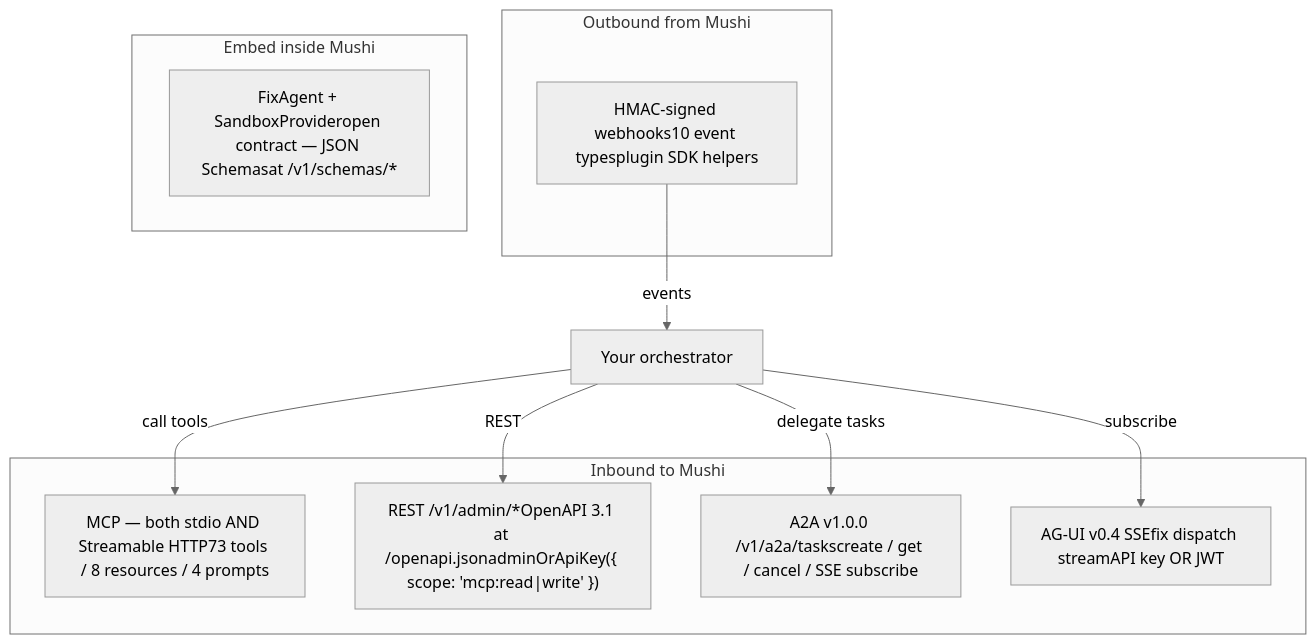
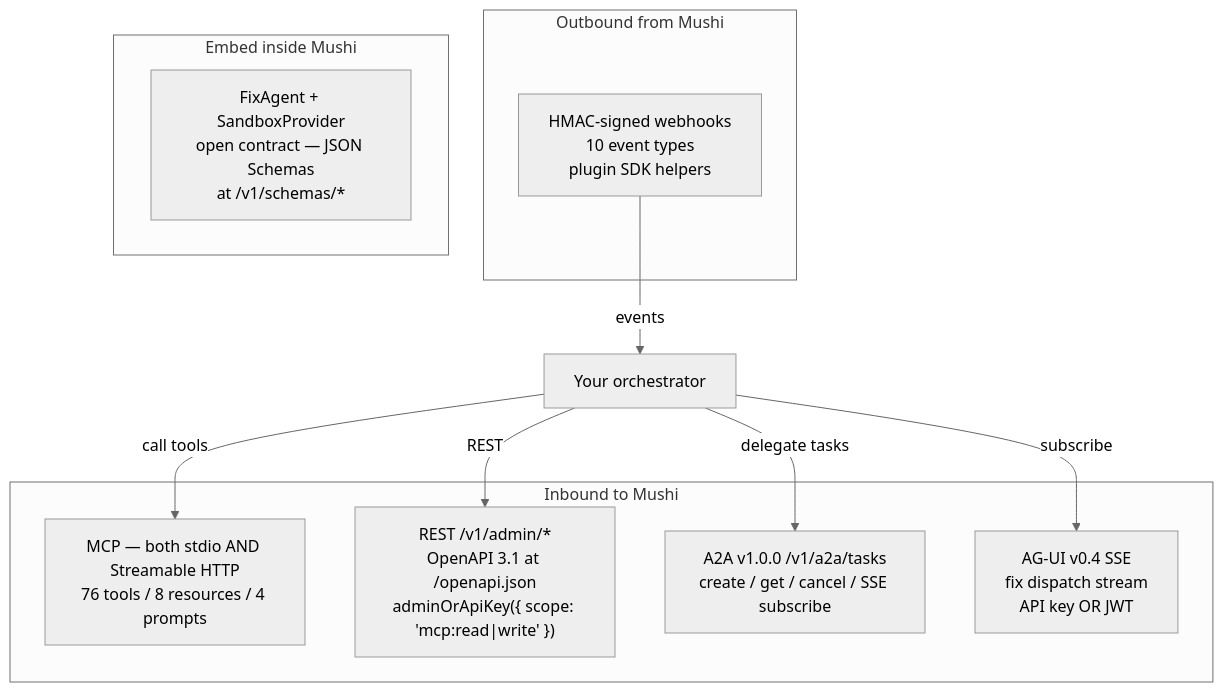
One commit to kensaurus/mushi-mushi changed the diagram in apps/docs/public/llm-md/concepts/orchestrator-interop.md. Above: the diagram before and after it, drawn with Mermaid (neutral theme). The commit also changed other lines of this file and 1107 other files, not shown here.

````diff
--- a/apps/docs/public/llm-md/concepts/orchestrator-interop.md
+++ b/apps/docs/public/llm-md/concepts/orchestrator-interop.md
@@ -33,20 +34,20 @@
 ```mermaid
 flowchart TB
   subgraph Inbound["Inbound to Mushi"]
-    MCP["MCP — both stdio AND Streamable HTTP73 tools / 8 resources / 4 prompts"]
-    REST["REST /v1/admin/*OpenAPI 3.1 at /openapi.jsonadminOrApiKey({ scope: 'mcp:read|write' })"]
-    A2A["A2A v1.0.0 /v1/a2a/taskscreate / get / cancel / SSE subscribe"]
-    AGUI["AG-UI v0.4 SSEfix dispatch streamAPI key OR JWT"]
+    MCP["MCP — both stdio AND Streamable HTTP<br/>76 tools / 8 resources / 4 prompts"]
+    REST["REST /v1/admin/*<br/>OpenAPI 3.1 at /openapi.json<br/>adminOrApiKey({ scope: 'mcp:read|write' })"]
+    A2A["A2A v1.0.0 /v1/a2a/tasks<br/>create / get / cancel / SSE subscribe"]
+    AGUI["AG-UI v0.4 SSE<br/>fix dispatch stream<br/>API key OR JWT"]
   end
   subgraph Outbound["Outbound from Mushi"]
-    Hooks["HMAC-signed webhooks10 event typesplugin SDK helpers"]
+    Hooks["HMAC-signed webhooks<br/>10 event types<br/>plugin SDK helpers"]
   end
   subgraph Native["Embed inside Mushi"]
-    FA["FixAgent + SandboxProvideropen contract — JSON Schemasat /v1/schemas/*"]
+    FA["FixAgent + SandboxProvider<br/>open contract — JSON Schemas<br/>at /v1/schemas/*"]
   end
   Orch["Your orchestrator"] -->|"call tools"| MCP
   Orch -->|"REST"| REST
   Orch -->|"delegate tasks"| A2A
   Orch -->|"subscribe"| AGUI
   Hooks -->|"events"| Orch
 ```
````
